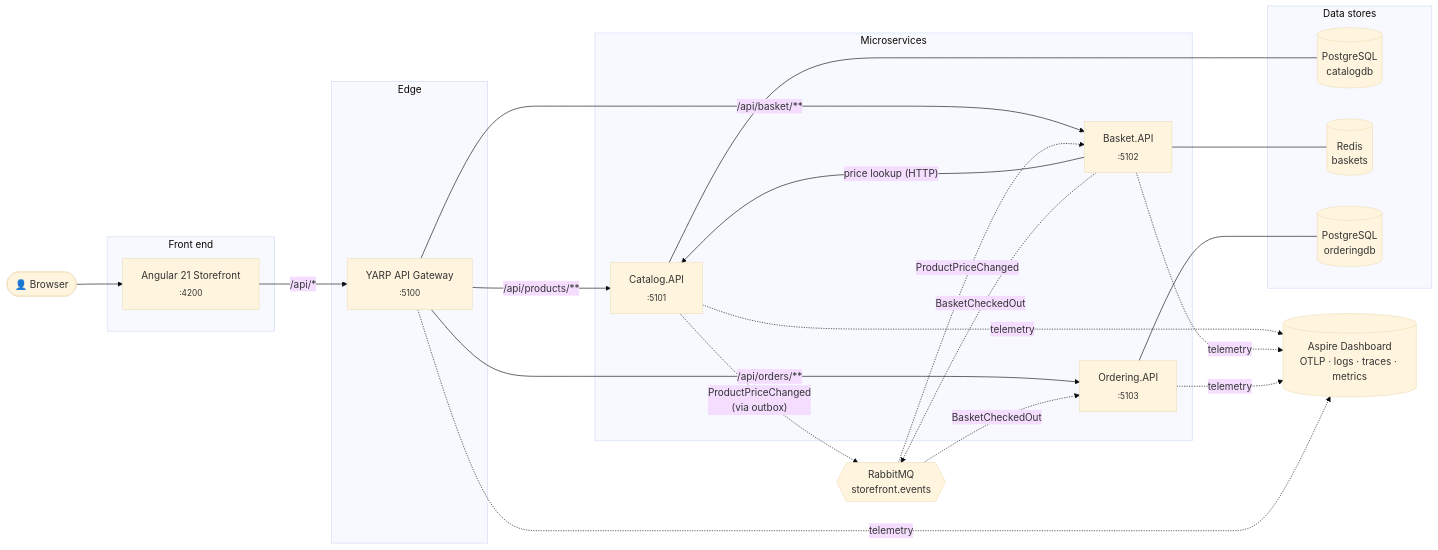
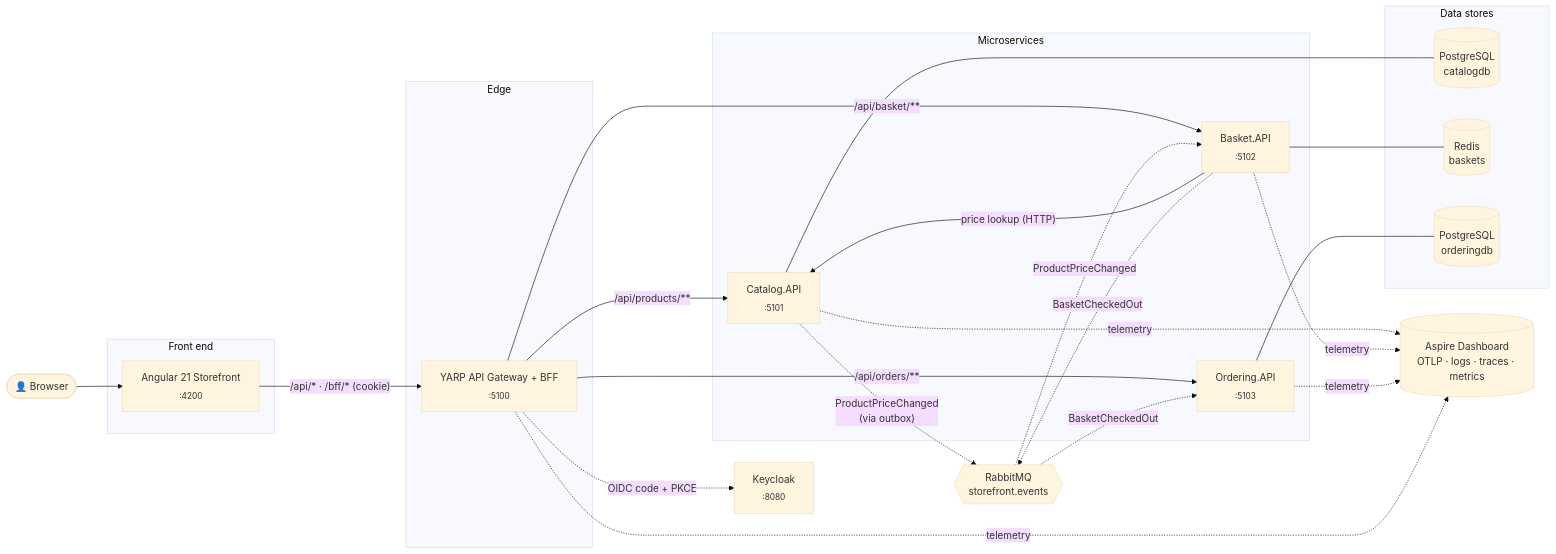
Before and after one commit to dejanciev-dev/aspnetcore-microservices: the first of 2 diagrams in README.md, drawn with Mermaid (base theme). The commit also changed other lines of this file and 4 other files, not shown here.

First line of the commit message:
Document Keycloak authentication and the BFF

````diff
--- a/README.md
+++ b/README.md
@@ -43,43 +45,46 @@
 ```mermaid
 flowchart LR
     user([👤 Browser])
 
     subgraph web [Front end]
         spa[Angular 21 Storefront<br/><sub>:4200</sub>]
     end
 
     subgraph edge [Edge]
-        gw[YARP API Gateway<br/><sub>:5100</sub>]
+        gw[YARP API Gateway + BFF<br/><sub>:5100</sub>]
     end
+
+    kc[Keycloak<br/><sub>:8080</sub>]
 
     subgraph services [Microservices]
         catalog[Catalog.API<br/><sub>:5101</sub>]
         basket[Basket.API<br/><sub>:5102</sub>]
         ordering[Ordering.API<br/><sub>:5103</sub>]
     end
 
     subgraph data [Data stores]
         catalogdb[(PostgreSQL<br/>catalogdb)]
         redis[(Redis<br/>baskets)]
         orderingdb[(PostgreSQL<br/>orderingdb)]
     end
 
     mq{{RabbitMQ<br/>storefront.events}}
     otel[(Aspire Dashboard<br/>OTLP · logs · traces · metrics)]
 
     user --> spa
-    spa -- "/api/*" --> gw
+    spa -- "/api/* · /bff/* (cookie)" --> gw
+    gw -. "OIDC code + PKCE" .-> kc
     gw -- "/api/products/**" --> catalog
     gw -- "/api/basket/**" --> basket
     gw -- "/api/orders/**" --> ordering
     basket -- "price lookup (HTTP)" --> catalog
     catalog -. "ProductPriceChanged<br/>(via outbox)" .-> mq
     basket -. "BasketCheckedOut" .-> mq
     mq -. "ProductPriceChanged" .-> basket
     mq -. "BasketCheckedOut" .-> ordering
     catalog --- catalogdb
     basket --- redis
     ordering --- orderingdb
 
     catalog & basket & ordering & gw -. telemetry .-> otel
 ```
````
